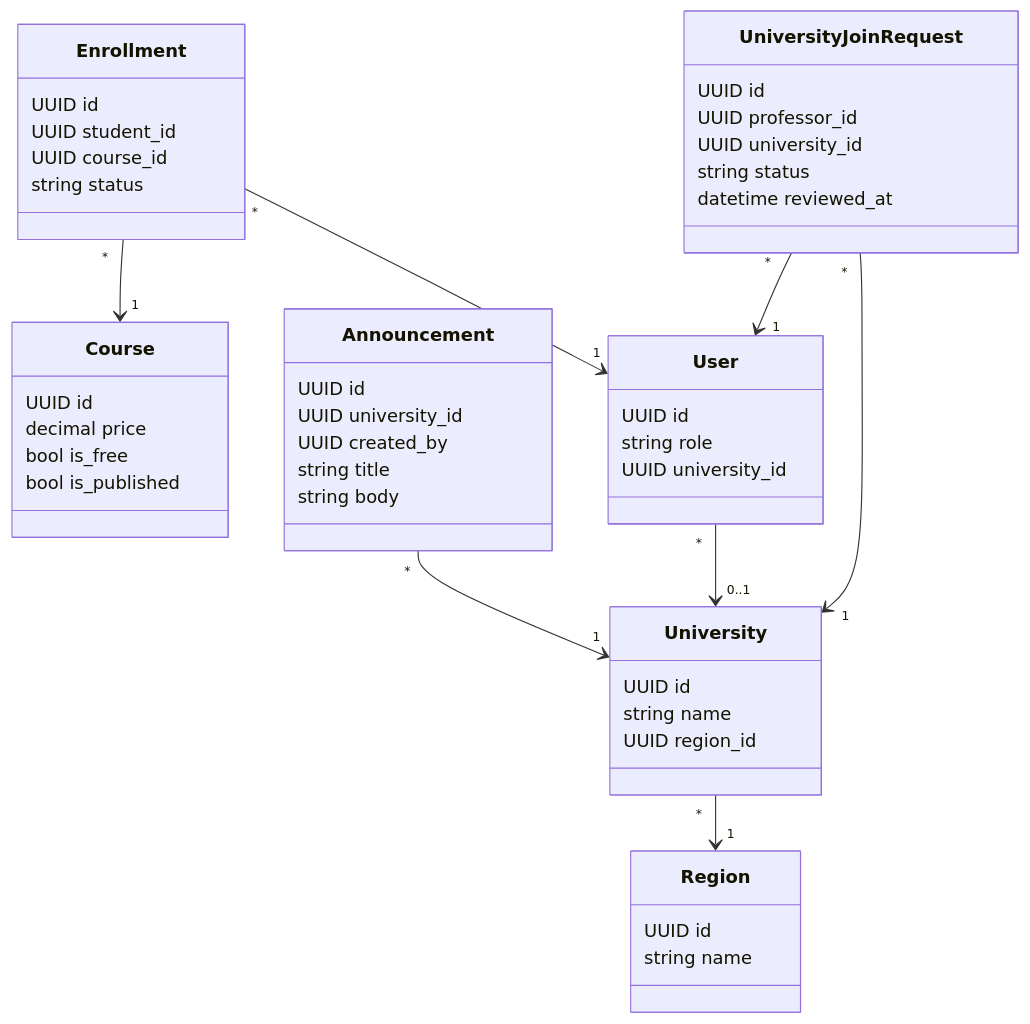
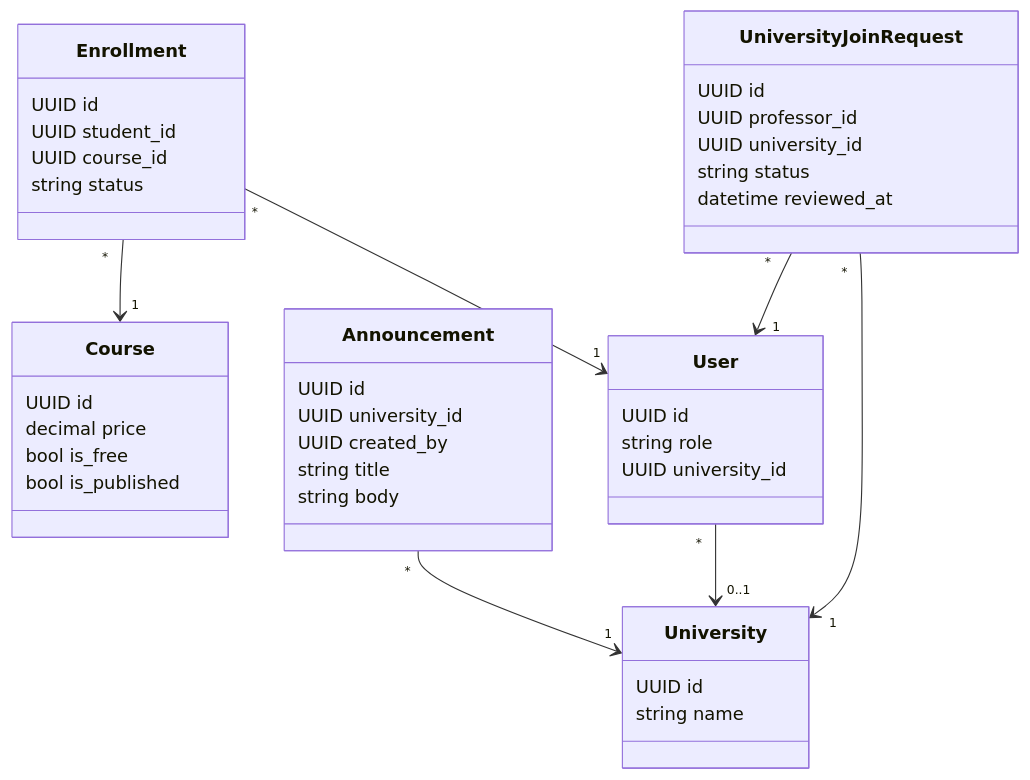
The second of 6 diagrams in docs/sprints/SPRINT_6.md (yazidha09/Hub4Learners), drawn with Mermaid before and after one commit. The commit also changed other lines of this file and 18 other files, not shown here.

````diff
--- a/docs/sprints/SPRINT_6.md
+++ b/docs/sprints/SPRINT_6.md
@@ -79,57 +79,50 @@
 ```mermaid
 classDiagram
     class Course {
         UUID id
         decimal price
         bool is_free
         bool is_published
     }
 
     class Enrollment {
         UUID id
         UUID student_id
         UUID course_id
         string status
     }
 
     class User {
         UUID id
         string role
         UUID university_id
     }
 
     class Announcement {
         UUID id
         UUID university_id
         UUID created_by
         string title
         string body
     }
 
-    class Region {
-        UUID id
-        string name
-    }
-
     class University {
         UUID id
         string name
-        UUID region_id
     }
 
     class UniversityJoinRequest {
         UUID id
         UUID professor_id
         UUID university_id
         string status
         datetime reviewed_at
     }
 
     Enrollment "*" --> "1" Course
     Enrollment "*" --> "1" User
     Announcement "*" --> "1" University
-    University "*" --> "1" Region
     User "*" --> "0..1" University
     UniversityJoinRequest "*" --> "1" User
     UniversityJoinRequest "*" --> "1" University
 ```
````
